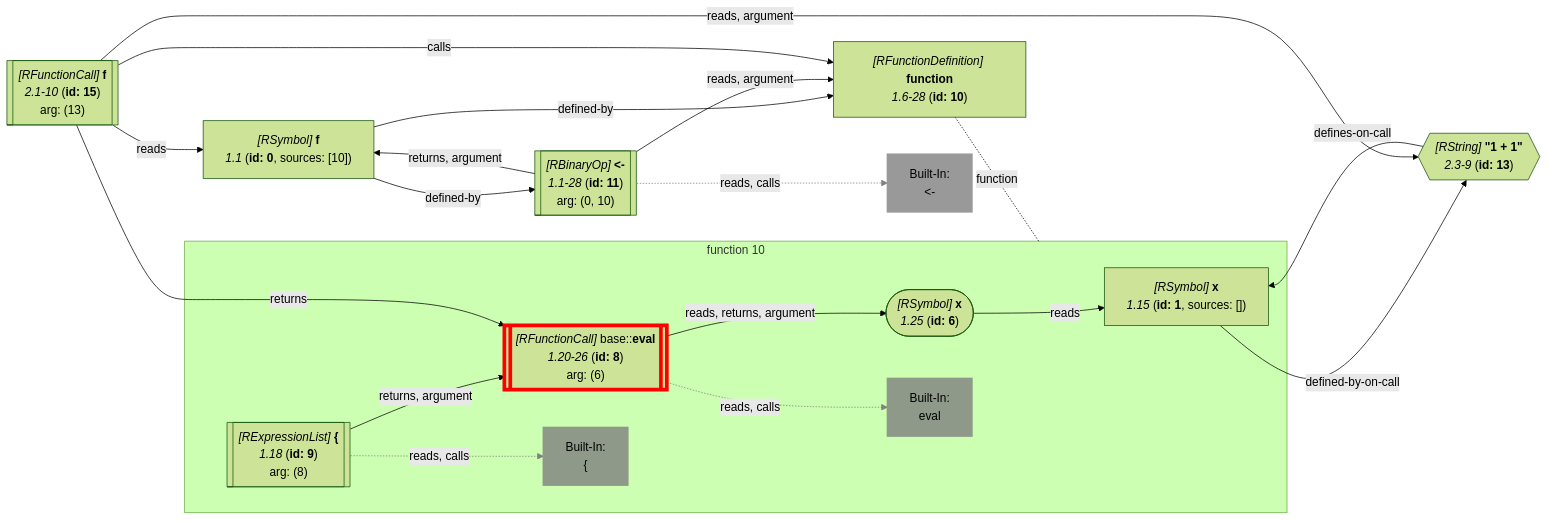
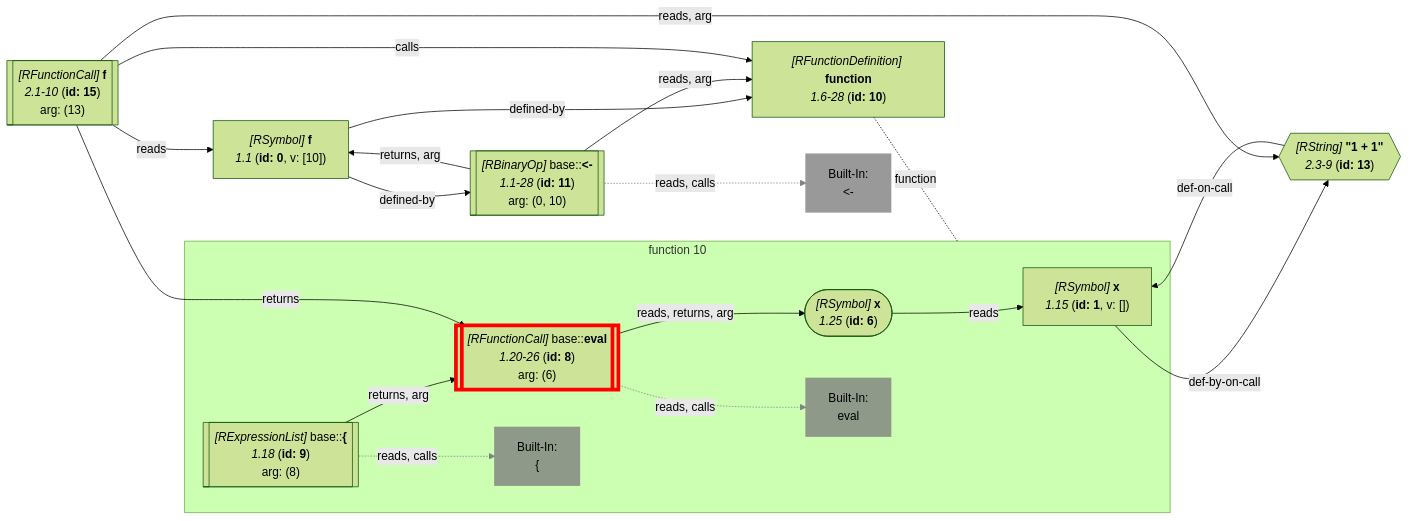
Before and after one commit to flowr-analysis/flowr: the ninth of 21 diagrams in wiki/Query API.md, drawn with Mermaid (forest theme). The commit also changed other lines of this file and 135 other files, not shown here.

````diff
--- a/wiki/Query API.md
+++ b/wiki/Query API.md
@@ -3854,64 +3858,64 @@
 ```mermaid
 flowchart LR
     10["`*#91;RFunctionDefinition#93;* **function**
       *1.6-28* (**id: 10**)`"]
 
 subgraph "flow-10" [function 10]
     1["`*#91;RSymbol#93;* **x**
-      *1.15* (**id: 1**, sources: [])`"]
+      *1.15* (**id: 1**, v: [])`"]
     6(["`*#91;RSymbol#93;* **x**
       *1.25* (**id: 6**)`"])
     8[["`*#91;RFunctionCall#93;* base#58;#58;**eval**
       *1.20-26* (**id: 8**)
     arg: (6)`"]]
     style 8 stroke:red,stroke-width:5px; 
     built-in:eval["`Built-In:
 eval`"]
     style built-in:eval stroke:gray,fill:gray,stroke-width:2px,opacity:.8;
-    9[["`*#91;RExpressionList#93;* **#123;**
+    9[["`*#91;RExpressionList#93;* base#58;#58;**#123;**
       *1.18* (**id: 9**)
     arg: (8)`"]]
     built-in:_["`Built-In:
 #123;`"]
     style built-in:_ stroke:gray,fill:gray,stroke-width:2px,opacity:.8;
 end
    %% No edges found for 10
     0["`*#91;RSymbol#93;* **f**
-      *1.1* (**id: 0**, sources: [10])`"]
-    11[["`*#91;RBinaryOp#93;* **#60;#45;**
+      *1.1* (**id: 0**, v: [10])`"]
+    11[["`*#91;RBinaryOp#93;* base#58;#58;**#60;#45;**
       *1.1-28* (**id: 11**)
     arg: (0, 10)`"]]
     built-in:_-["`Built-In:
 #60;#45;`"]
     style built-in:_- stroke:gray,fill:gray,stroke-width:2px,opacity:.8;
     13{{"`*#91;RString#93;* **#34;1 #43; 1#34;**
       *2.3-9* (**id: 13**)`"}}
     %% Environment of 15 [level: 0]:
     %% Built-in
-    %% 2313----------------------------------------
+    %% 2390----------------------------------------
     %%   f: {**f** (id: 0, type: Function, def. @11)}
     15[["`*#91;RFunctionCall#93;* **f**
       *2.1-10* (**id: 15**)
     arg: (13)`"]]
-    1 -->|"defined-by-on-call"| 13
+    1 -->|"def-by-on-call"| 13
     6 -->|"reads"| 1
-    8 -->|"reads, returns, argument"| 6
+    8 -->|"reads, returns, arg"| 6
     8 -.->|"reads, calls"| built-in:eval
     linkStyle 3 stroke:gray;
-    9 -->|"returns, argument"| 8
+    9 -->|"returns, arg"| 8
     9 -.->|"reads, calls"| built-in:_
     linkStyle 5 stroke:gray;
 10 -.-|function| flow-10
 
     0 -->|"defined-by"| 10
     0 -->|"defined-by"| 11
-    11 -->|"reads, argument"| 10
-    11 -->|"returns, argument"| 0
+    11 -->|"reads, arg"| 10
+    11 -->|"returns, arg"| 0
     11 -.->|"reads, calls"| built-in:_-
     linkStyle 11 stroke:gray;
-    13 -->|"defines-on-call"| 1
-    15 -->|"reads, argument"| 13
+    13 -->|"def-on-call"| 1
+    15 -->|"reads, arg"| 13
     15 -->|"reads"| 0
     15 -->|"returns"| 8
     15 -->|"calls"| 10
 ```
````
